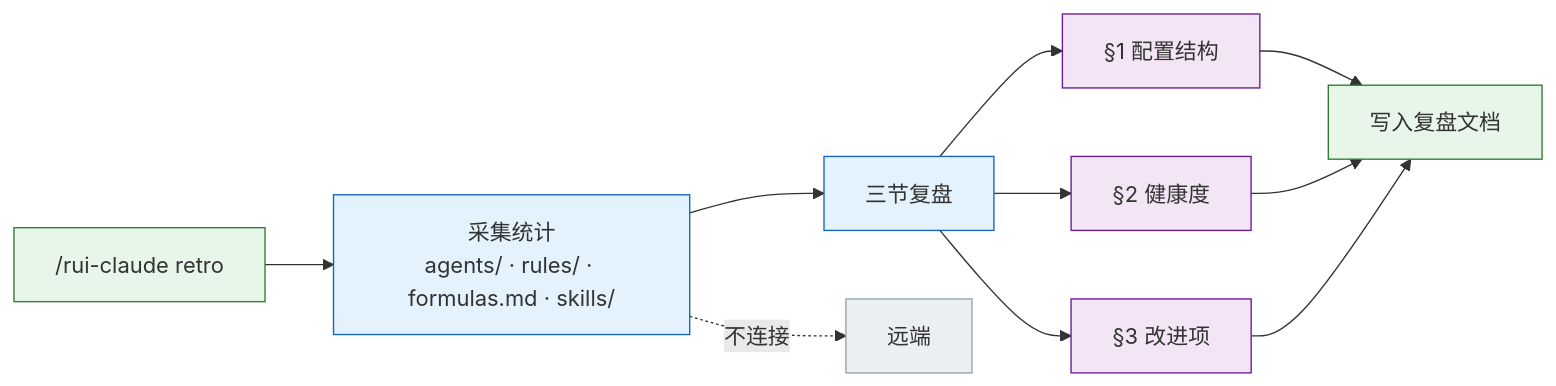
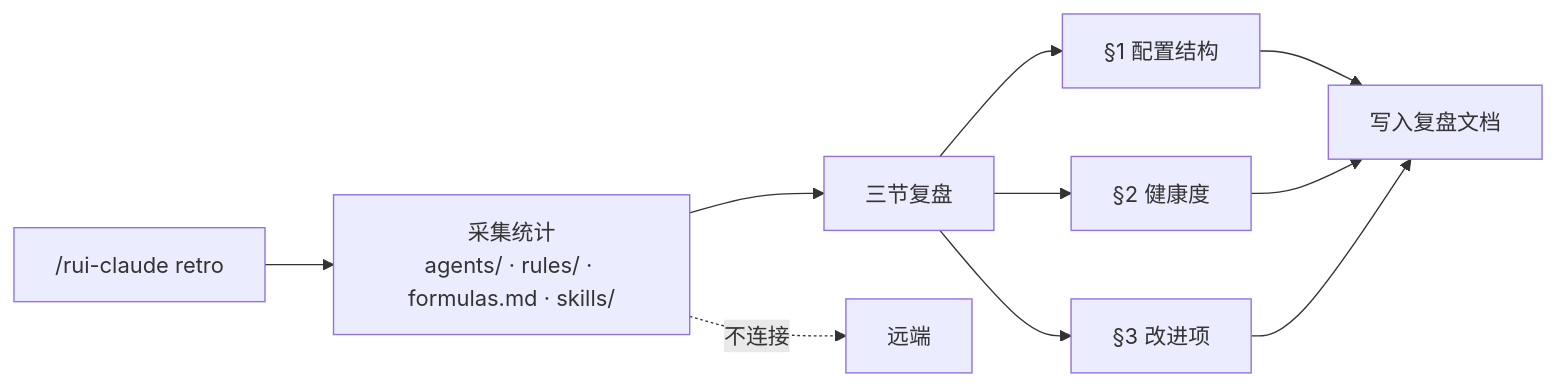
One commit to effiy/YrY changed the fifth of 8 diagrams in skills/rui-claude/SKILL.md. Above: the diagram before and after it, drawn with Mermaid. The commit also changed other lines of this file and 61 other files, not shown here.

````diff
--- a/skills/rui-claude/SKILL.md
+++ b/skills/rui-claude/SKILL.md
@@ -92,17 +107,12 @@
 ```mermaid
 flowchart LR
     TRIGGER["/rui-claude retro"]:::src --> COLLECT["采集统计<br/>agents/ · rules/ · formulas.md · skills/"]:::op
     COLLECT --> WRITE["三节复盘"]:::op
     WRITE --> S1["§1 配置结构"]:::section
     WRITE --> S2["§2 健康度"]:::section
     WRITE --> S3["§3 改进项"]:::section
     S1 & S2 & S3 --> OUT["写入复盘文档"]:::out
 
     COLLECT -.->|"不连接"| REMOTE["远端"]:::no
 
-    classDef src fill:#e8f5e9,stroke:#2e7d32;
-    classDef op fill:#e3f2fd,stroke:#1565c0;
-    classDef section fill:#f3e5f5,stroke:#6a1b9a;
-    classDef out fill:#e8f5e9,stroke:#2e7d32;
-    classDef no fill:#eceff1,stroke:#90a4ae;
 ```
````
